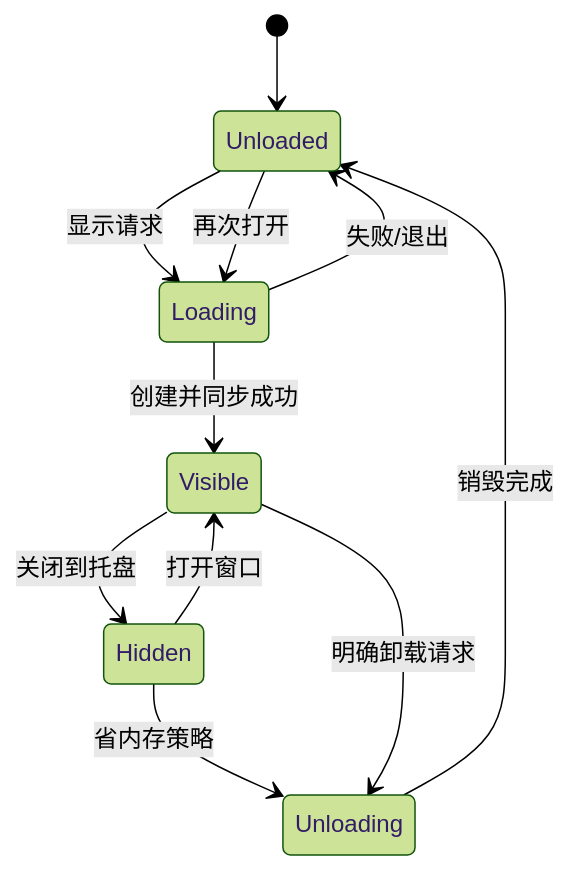
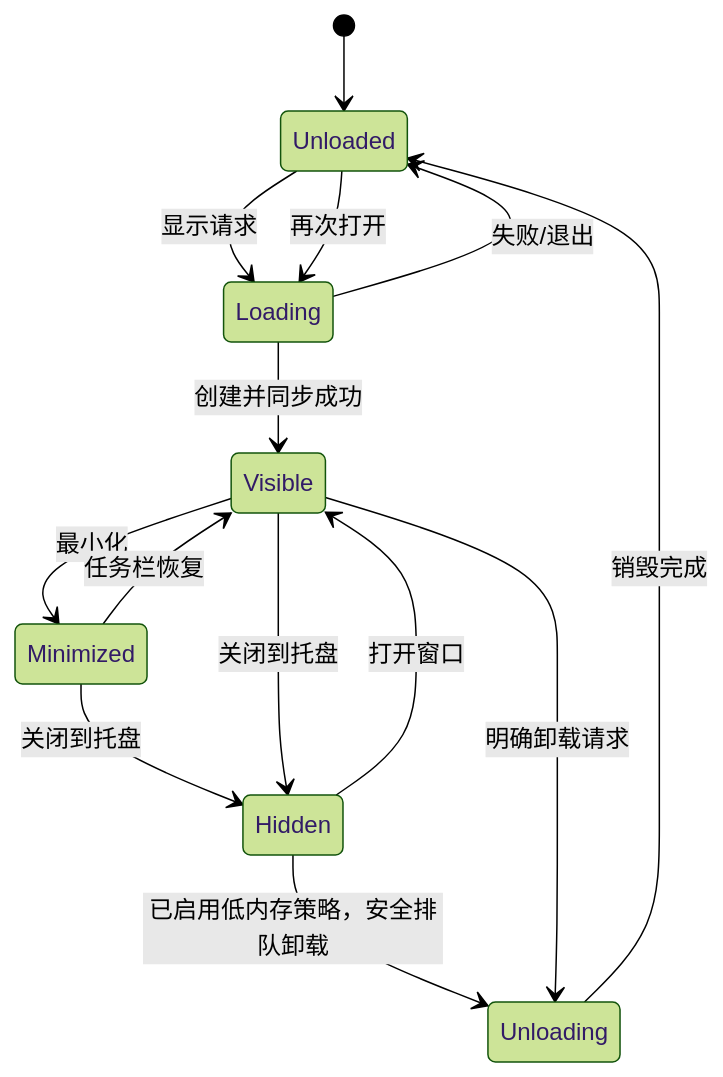
The diagram in docs/design/04-界面与窗口生命周期.md (junliangdg/quick-clash), drawn with Mermaid (forest theme) before and after one commit. The commit also changed other lines of this file and 17 other files, not shown here.

````diff
--- a/docs/design/04-界面与窗口生命周期.md
+++ b/docs/design/04-界面与窗口生命周期.md
@@ -51,13 +51,16 @@
 ```mermaid
 stateDiagram-v2
     [*] --> Unloaded
     Unloaded --> Loading: 显示请求
     Loading --> Visible: 创建并同步成功
     Loading --> Unloaded: 失败/退出
+    Visible --> Minimized: 最小化
+    Minimized --> Visible: 任务栏恢复
+    Minimized --> Hidden: 关闭到托盘
     Visible --> Hidden: 关闭到托盘
     Hidden --> Visible: 打开窗口
-    Hidden --> Unloading: 省内存策略
+    Hidden --> Unloading: 已启用低内存策略，安全排队卸载
     Visible --> Unloading: 明确卸载请求
     Unloading --> Unloaded: 销毁完成
     Unloaded --> Loading: 再次打开
 ```
````
